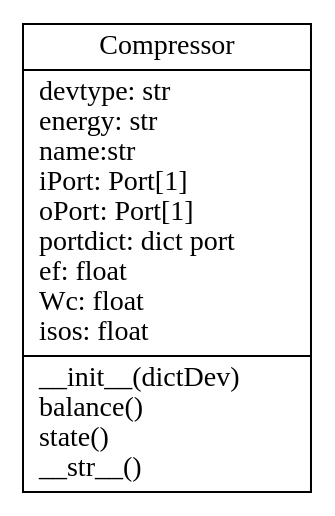
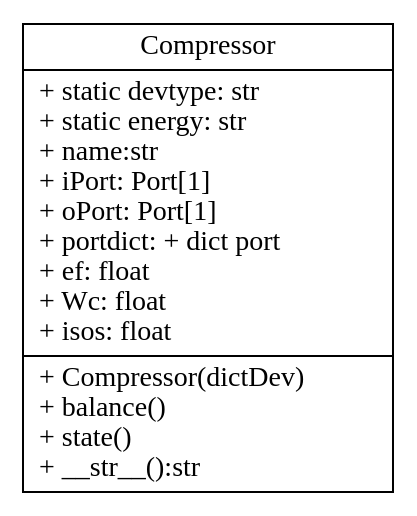
Before and after one commit to thermalogic/Practices: the first of 3 diagrams in P2/README.md, drawn with Graphviz. The commit also changed other lines of this file and 2 other files, not shown here.

Commit message:
update fig

````diff
--- a/P2/README.md
+++ b/P2/README.md
@@ -154,7 +154,7 @@
 ```dot
 digraph "classes" {
 rankdir=BT
 charset="utf-8"
-"components.compressor.Compressor" [color="black", fontcolor="black", label="{Compressor|devtype: str\lenergy: str\lname:str \liPort: Port[1]\loPort: Port[1]\lportdict: dict port\lef: float\lWc: float\lisos: float\l|__init__(dictDev)\lbalance()\lstate()\l__str__()\l}", shape="record", style="solid"];
+"components.compressor.Compressor" [color="black", fontcolor="black", label="{Compressor|+ static devtype: str\l + static energy: str\l + name:str \l + iPort: Port[1]\l+ oPort: Port[1]\l + portdict: + dict port\l + ef: float\l + Wc: float\l + isos: float\l|+ Compressor(dictDev)\l + balance()\l + state()\l + __str__():str\l}", shape="record", style="solid"];
 }
 ```
````
